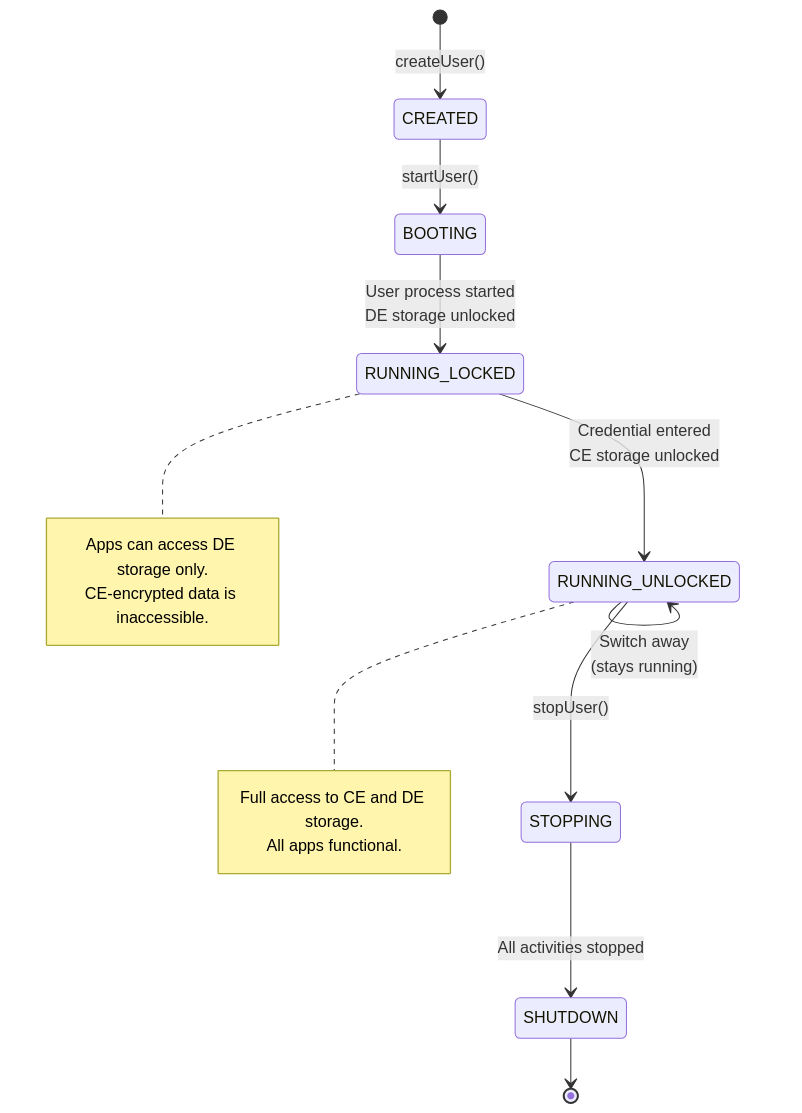
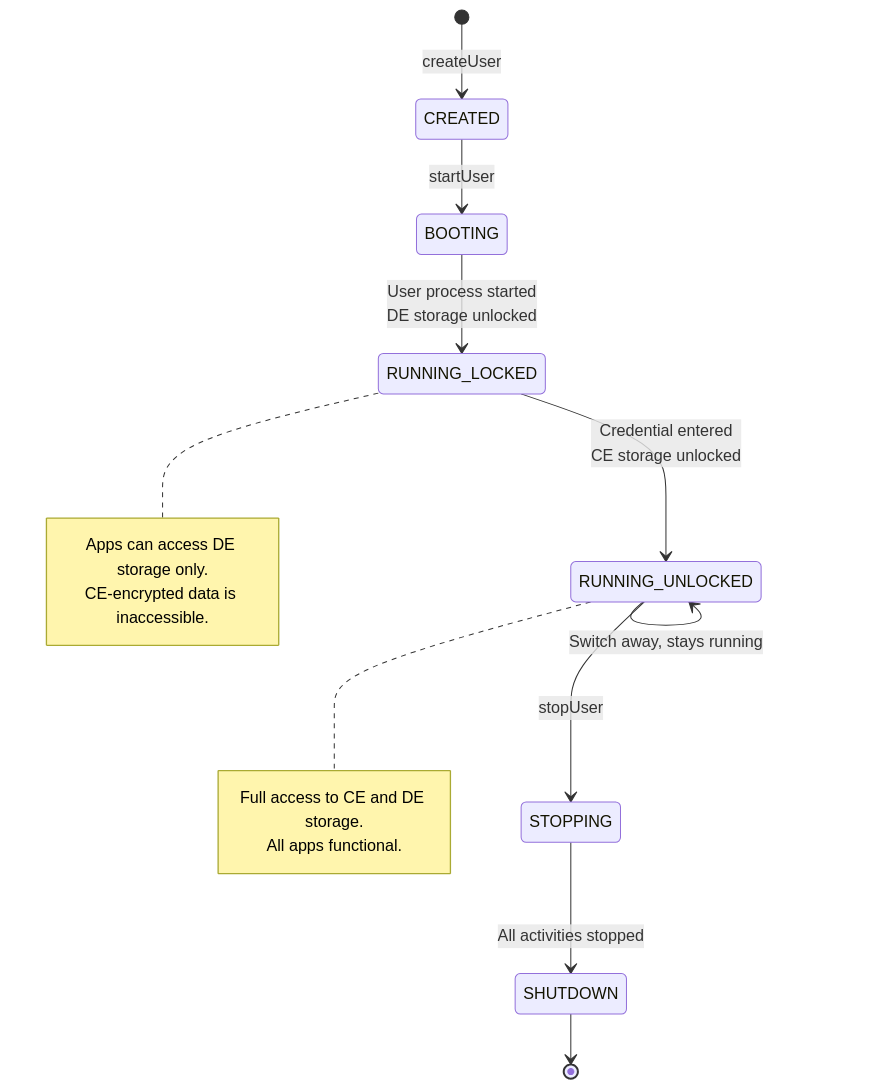
One commit to fwrite0920/aosp-internal-book changed the fifth of 27 diagrams in 31-multi-user.md. Above: the diagram before and after it, drawn with Mermaid. The commit also changed other lines of this file and 13 other files, not shown here.

First line of the commit message:
Fix Mermaid diagrams and formatting in Parts VII-VIII (chapters 26-39)

````diff
--- a/31-multi-user.md
+++ b/31-multi-user.md
@@ -652,23 +652,23 @@
 ```mermaid
 stateDiagram-v2
-    [*] --> CREATED : createUser()
-    CREATED --> BOOTING : startUser()
+    [*] --> CREATED : createUser
+    CREATED --> BOOTING : startUser
     BOOTING --> RUNNING_LOCKED : User process started<br/>DE storage unlocked
     RUNNING_LOCKED --> RUNNING_UNLOCKED : Credential entered<br/>CE storage unlocked
 
-    RUNNING_UNLOCKED --> STOPPING : stopUser()
+    RUNNING_UNLOCKED --> STOPPING : stopUser
     STOPPING --> SHUTDOWN : All activities stopped
     SHUTDOWN --> [*]
 
-    RUNNING_UNLOCKED --> RUNNING_UNLOCKED : Switch away<br/>(stays running)
+    RUNNING_UNLOCKED --> RUNNING_UNLOCKED : Switch away, stays running
 
     note right of RUNNING_LOCKED
         Apps can access DE storage only.
         CE-encrypted data is inaccessible.
     end note
 
     note right of RUNNING_UNLOCKED
         Full access to CE and DE storage.
         All apps functional.
     end note
 ```
````
